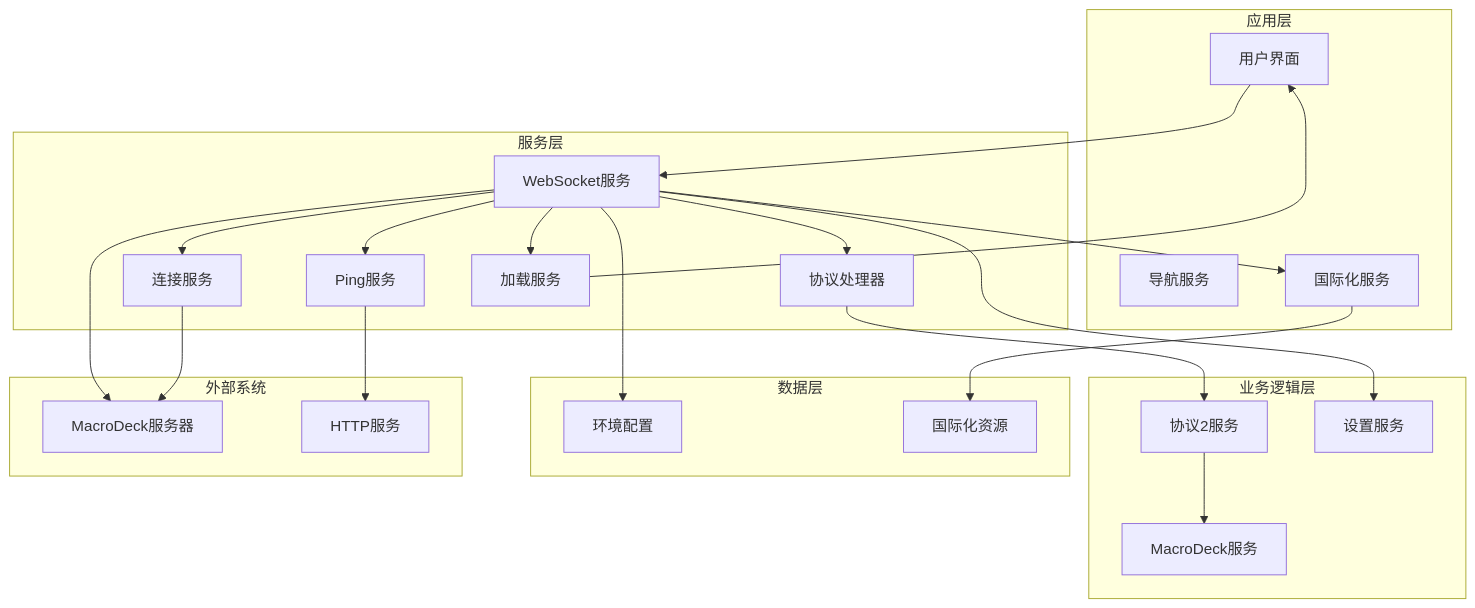
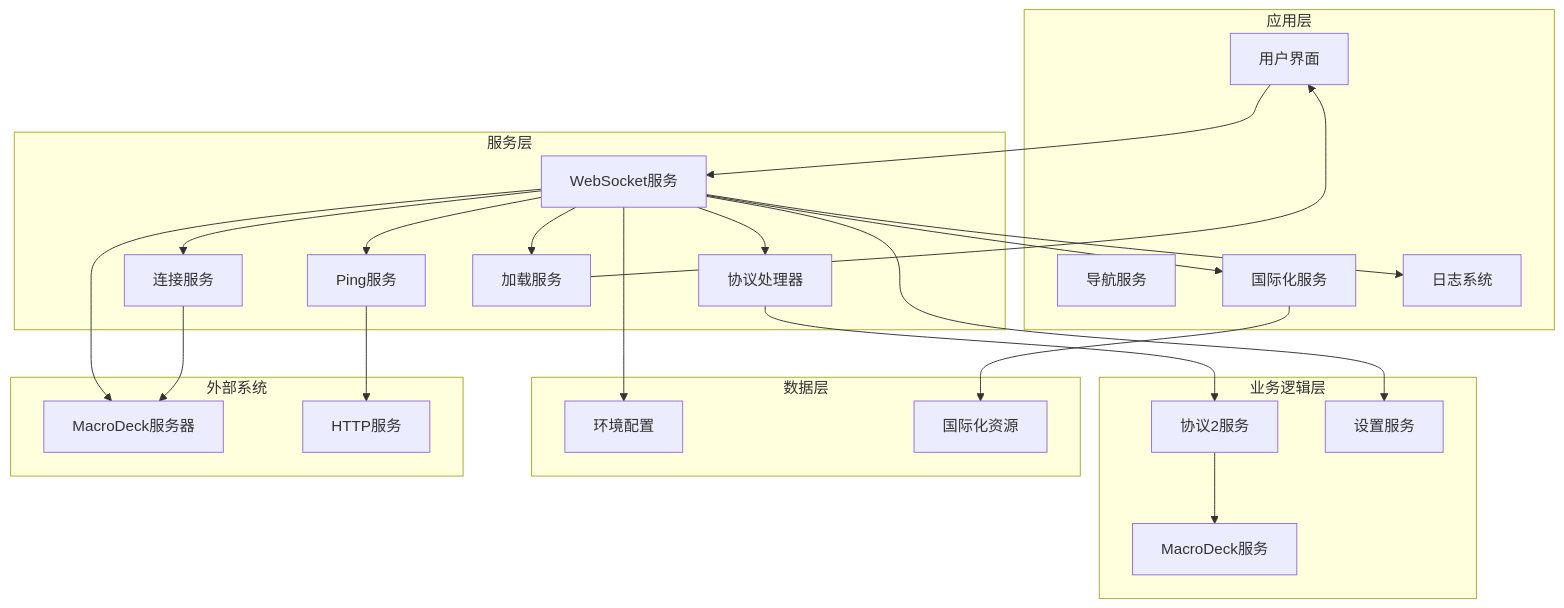
The second of 7 diagrams in .qoder/repowiki/zh/content/核心功能模块/WebSocket通信模块.md (tea4go/Macro-Deck-Client-App), drawn with Mermaid before and after one commit. The commit also changed other lines of this file and 45 other files, not shown here.

````diff
--- a/.qoder/repowiki/zh/content/核心功能模块/WebSocket通信模块.md
+++ b/.qoder/repowiki/zh/content/核心功能模块/WebSocket通信模块.md
@@ -222,43 +253,45 @@
 ```mermaid
 graph TB
 subgraph "应用层"
 UI[用户界面]
 NAV[导航服务]
 I18N[国际化服务]
+LOG[日志系统]
 end
 subgraph "服务层"
 WS[WebSocket服务]
 PH[协议处理器]
 PS[Ping服务]
 CS[连接服务]
 LS[加载服务]
 end
 subgraph "业务逻辑层"
 P2[协议2服务]
 MD[MacroDeck服务]
 SS[设置服务]
 end
 subgraph "数据层"
 ENV[环境配置]
 RES[国际化资源]
 end
 subgraph "外部系统"
 SERVER[MacroDeck服务器]
 HTTP[HTTP服务]
 end
 UI --> WS
 WS --> PH
 PH --> P2
 P2 --> MD
 WS --> PS
 WS --> CS
 WS --> SS
 WS --> LS
 WS --> I18N
+WS --> LOG
 WS --> ENV
 WS --> SERVER
 PS --> HTTP
 CS --> SERVER
 I18N --> RES
 LS --> UI
 ```
````
